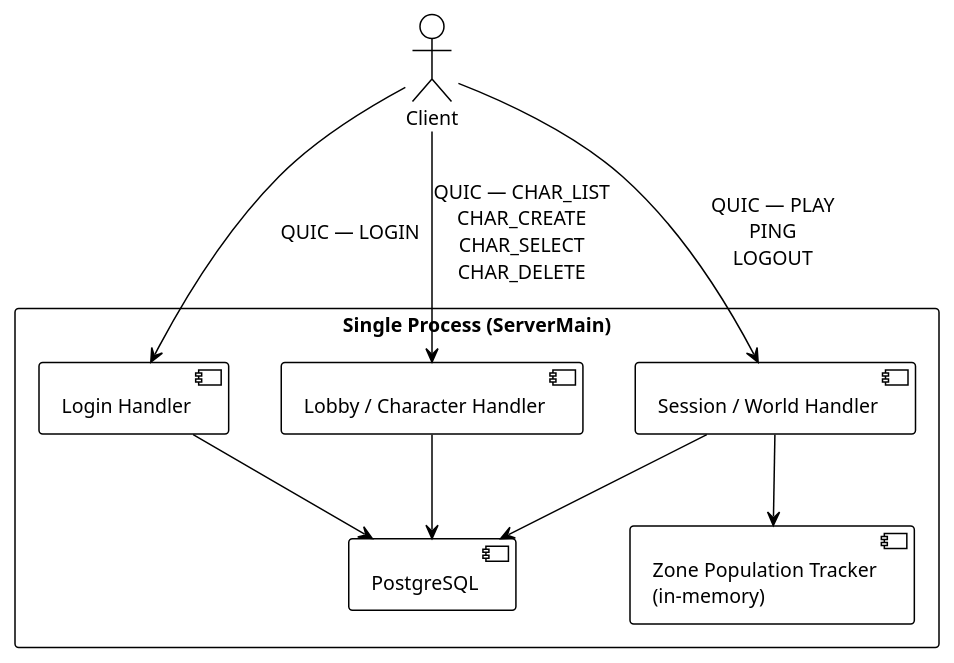
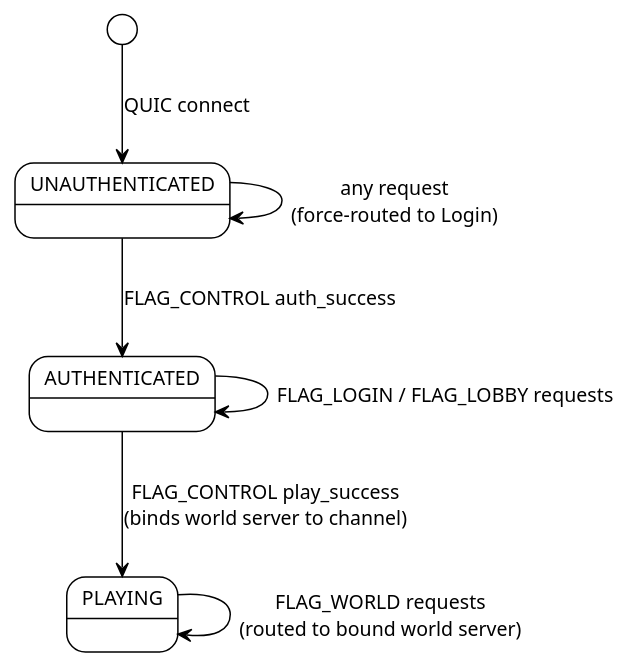
The third of 6 diagrams in docs/network-architecture.md (TheStackTraceWhisperer/catalyst), drawn with PlantUML before and after one commit. The commit also changed other lines of this file, not shown here.

Commit message:
docs: rewrite network-architecture.md to reflect actual codebase state, remove stale milestone/target framing

````diff
--- a/docs/network-architecture.md
+++ b/docs/network-architecture.md
@@ -139,24 +179,16 @@
 ```plantuml
-@startuml milestone1
+@startuml states
 !theme plain
 skinparam defaultFontSize 13
 
-actor Client
+[*] --> UNAUTHENTICATED : QUIC connect
 
-rectangle "Single Process (ServerMain)" {
-  component [Login Handler] as LH
-  component [Lobby / Character Handler] as CH
-  component [Session / World Handler] as SH
-  component [Zone Population Tracker\n(in-memory)] as ZT
-  database [PostgreSQL] as DB
-}
+UNAUTHENTICATED --> UNAUTHENTICATED : any request\n(force-routed to Login)
+UNAUTHENTICATED --> AUTHENTICATED : FLAG_CONTROL auth_success
 
-Client --> LH : QUIC — LOGIN
-Client --> CH : QUIC — CHAR_LIST\nCHAR_CREATE\nCHAR_SELECT\nCHAR_DELETE
-Client --> SH : QUIC — PLAY\nPING\nLOGOUT
-LH --> DB
-CH --> DB
-SH --> DB
-SH --> ZT
+AUTHENTICATED --> AUTHENTICATED : FLAG_LOGIN / FLAG_LOBBY requests
+AUTHENTICATED --> PLAYING : FLAG_CONTROL play_success\n(binds world server to channel)
+
+PLAYING --> PLAYING : FLAG_WORLD requests\n(routed to bound world server)
 @enduml
 ```
````
